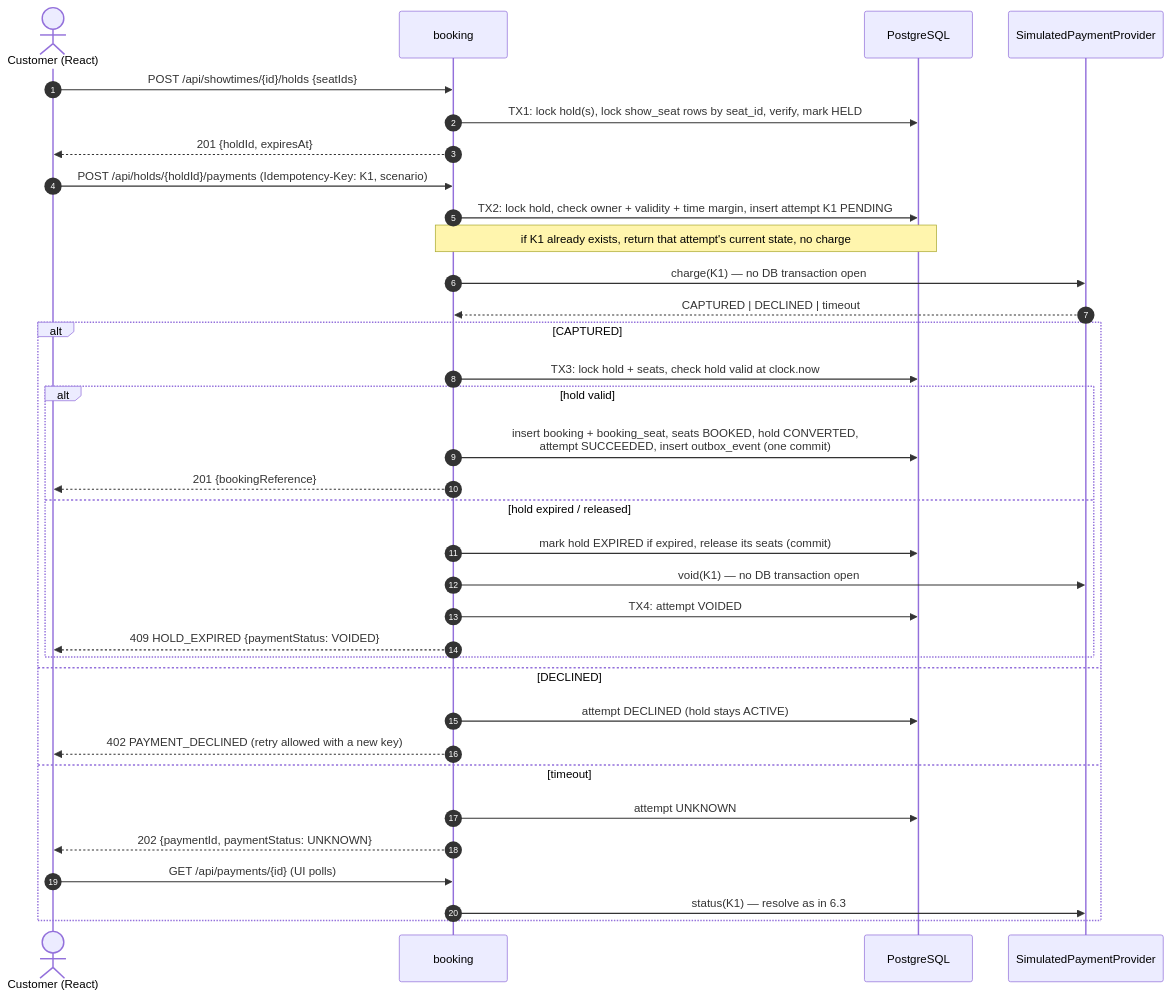
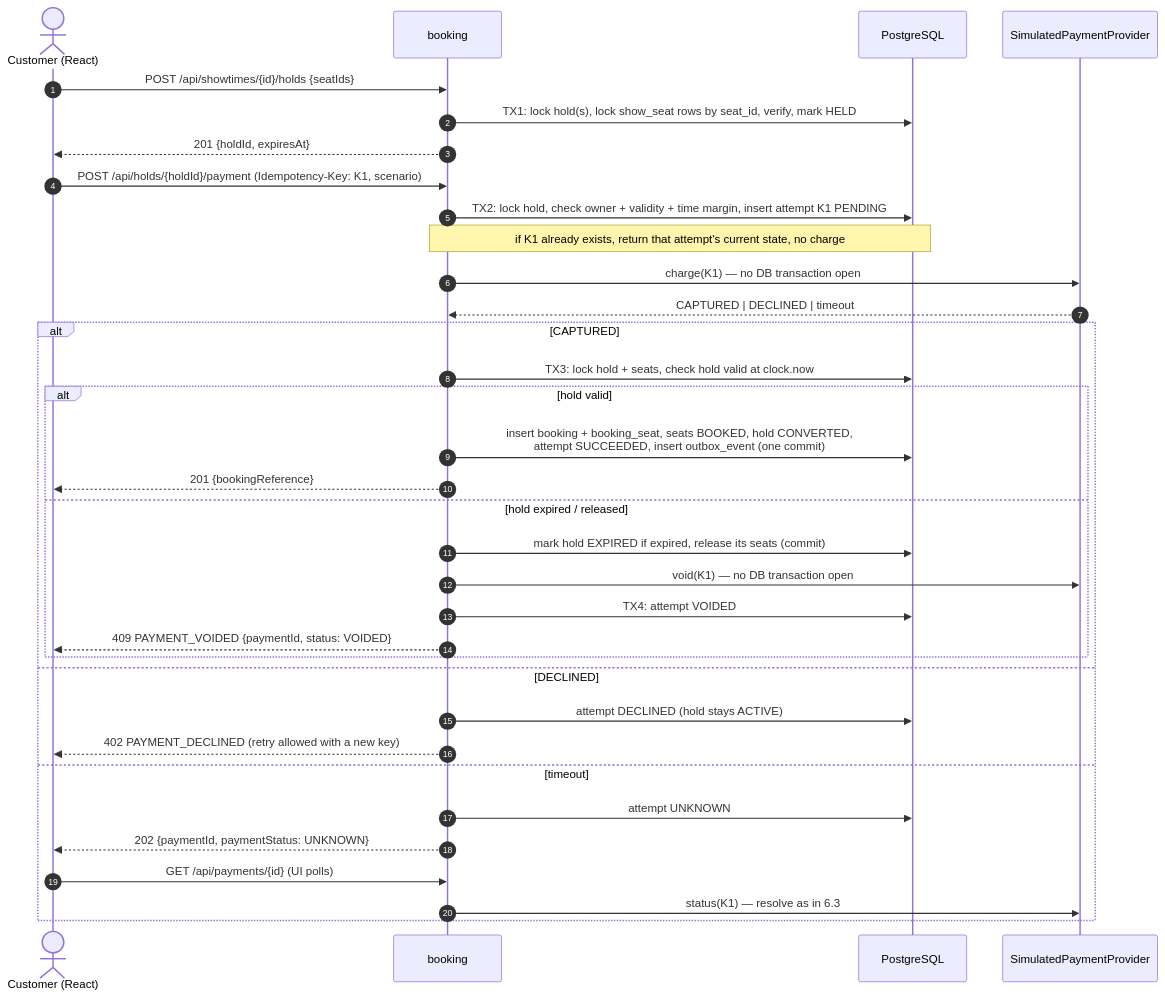
Before and after one commit to nikhilramakrishna3005/movie-ticket-booking-system: the fourth of 4 diagrams in docs/architecture.md, drawn with Mermaid. The commit also changed other lines of this file and 1 other file, not shown here.

First line of the commit message:
docs: record payment and booking implementation status and AI mistakes found

````diff
--- a/docs/architecture.md
+++ b/docs/architecture.md
@@ -350,39 +350,39 @@
 ```mermaid
 sequenceDiagram
     autonumber
     actor C as Customer (React)
     participant B as booking
     participant DB as PostgreSQL
     participant P as SimulatedPaymentProvider
 
     C->>B: POST /api/showtimes/{id}/holds {seatIds}
     B->>DB: TX1: lock hold(s), lock show_seat rows by seat_id, verify, mark HELD
     B-->>C: 201 {holdId, expiresAt}
 
-    C->>B: POST /api/holds/{holdId}/payments (Idempotency-Key: K1, scenario)
+    C->>B: POST /api/holds/{holdId}/payment (Idempotency-Key: K1, scenario)
     B->>DB: TX2: lock hold, check owner + validity + time margin, insert attempt K1 PENDING
     Note over B,DB: if K1 already exists, return that attempt's current state, no charge
     B->>P: charge(K1) — no DB transaction open
     P-->>B: CAPTURED | DECLINED | timeout
 
     alt CAPTURED
         B->>DB: TX3: lock hold + seats, check hold valid at clock.now
         alt hold valid
             B->>DB: insert booking + booking_seat, seats BOOKED, hold CONVERTED,<br/>attempt SUCCEEDED, insert outbox_event (one commit)
             B-->>C: 201 {bookingReference}
         else hold expired / released
             B->>DB: mark hold EXPIRED if expired, release its seats (commit)
             B->>P: void(K1) — no DB transaction open
             B->>DB: TX4: attempt VOIDED
-            B-->>C: 409 HOLD_EXPIRED {paymentStatus: VOIDED}
+            B-->>C: 409 PAYMENT_VOIDED {paymentId, status: VOIDED}
         end
     else DECLINED
         B->>DB: attempt DECLINED (hold stays ACTIVE)
         B-->>C: 402 PAYMENT_DECLINED (retry allowed with a new key)
     else timeout
         B->>DB: attempt UNKNOWN
         B-->>C: 202 {paymentId, paymentStatus: UNKNOWN}
         C->>B: GET /api/payments/{id} (UI polls)
         B->>P: status(K1) — resolve as in 6.3
     end
 ```
````
